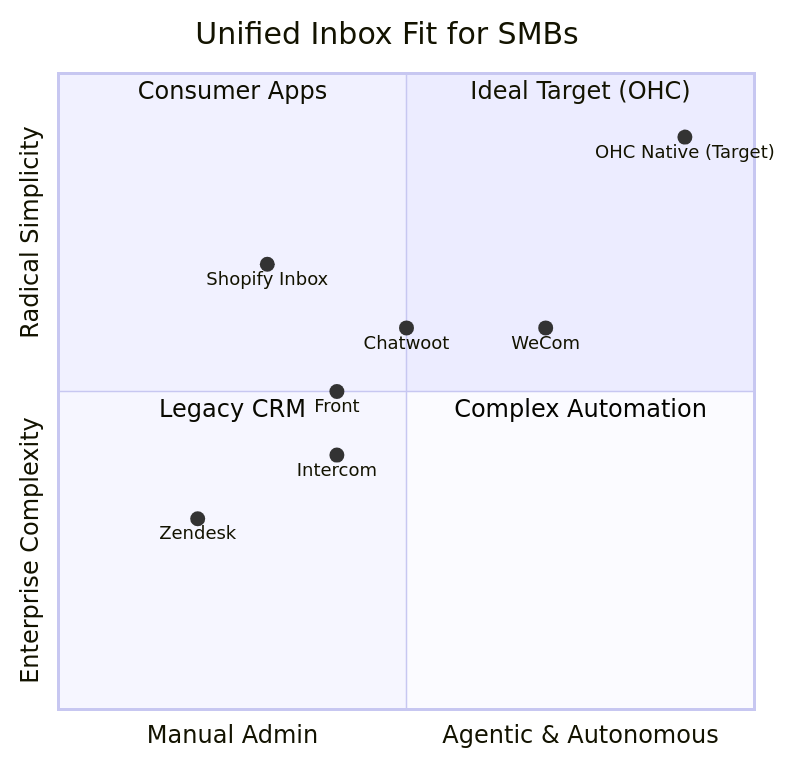
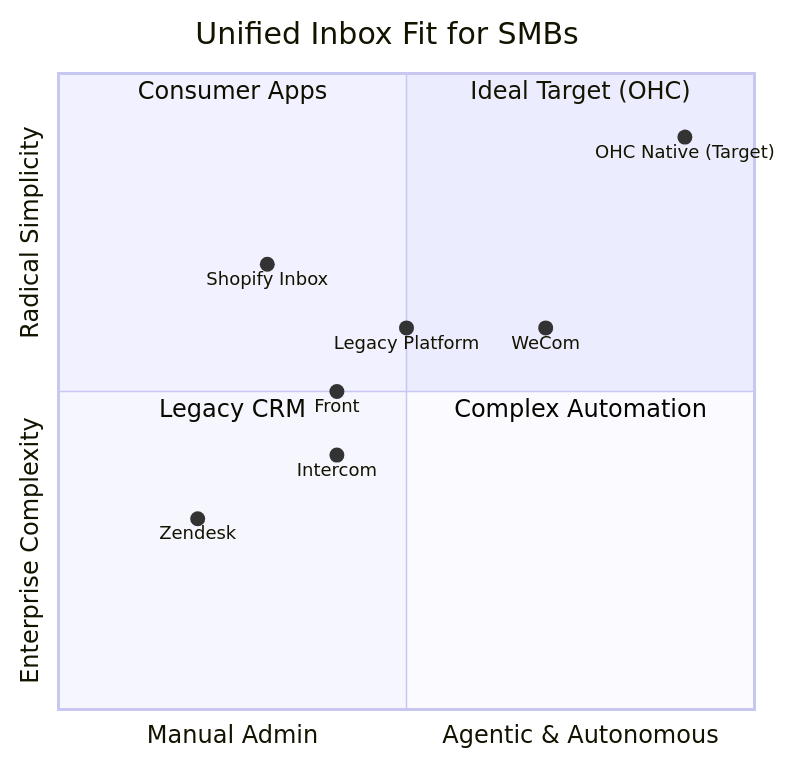
One commit to omnisolo-llc/onehumancorp changed the diagram in .agent-task/report/task_output.md. Above: the diagram before and after it, drawn with Mermaid. The commit also changed other lines of this file, not shown here.

````diff
--- a/.agent-task/report/task_output.md
+++ b/.agent-task/report/task_output.md
@@ -44,17 +44,17 @@
   ```mermaid
   quadrantChart
       title Unified Inbox Fit for SMBs
       x-axis "Manual Admin" --> "Agentic & Autonomous"
       y-axis "Enterprise Complexity" --> "Radical Simplicity"
       quadrant-1 "Ideal Target (OHC)"
       quadrant-2 "Consumer Apps"
       quadrant-3 "Legacy CRM"
       quadrant-4 "Complex Automation"
       "Zendesk": [0.2, 0.3]
       "Intercom": [0.4, 0.4]
       "Shopify Inbox": [0.3, 0.7]
-      "Chatwoot": [0.5, 0.6]
+      "Legacy Platform": [0.5, 0.6]
       "Front": [0.4, 0.5]
       "WeCom": [0.7, 0.6]
       "OHC Native (Target)": [0.9, 0.9]
   ```
````
